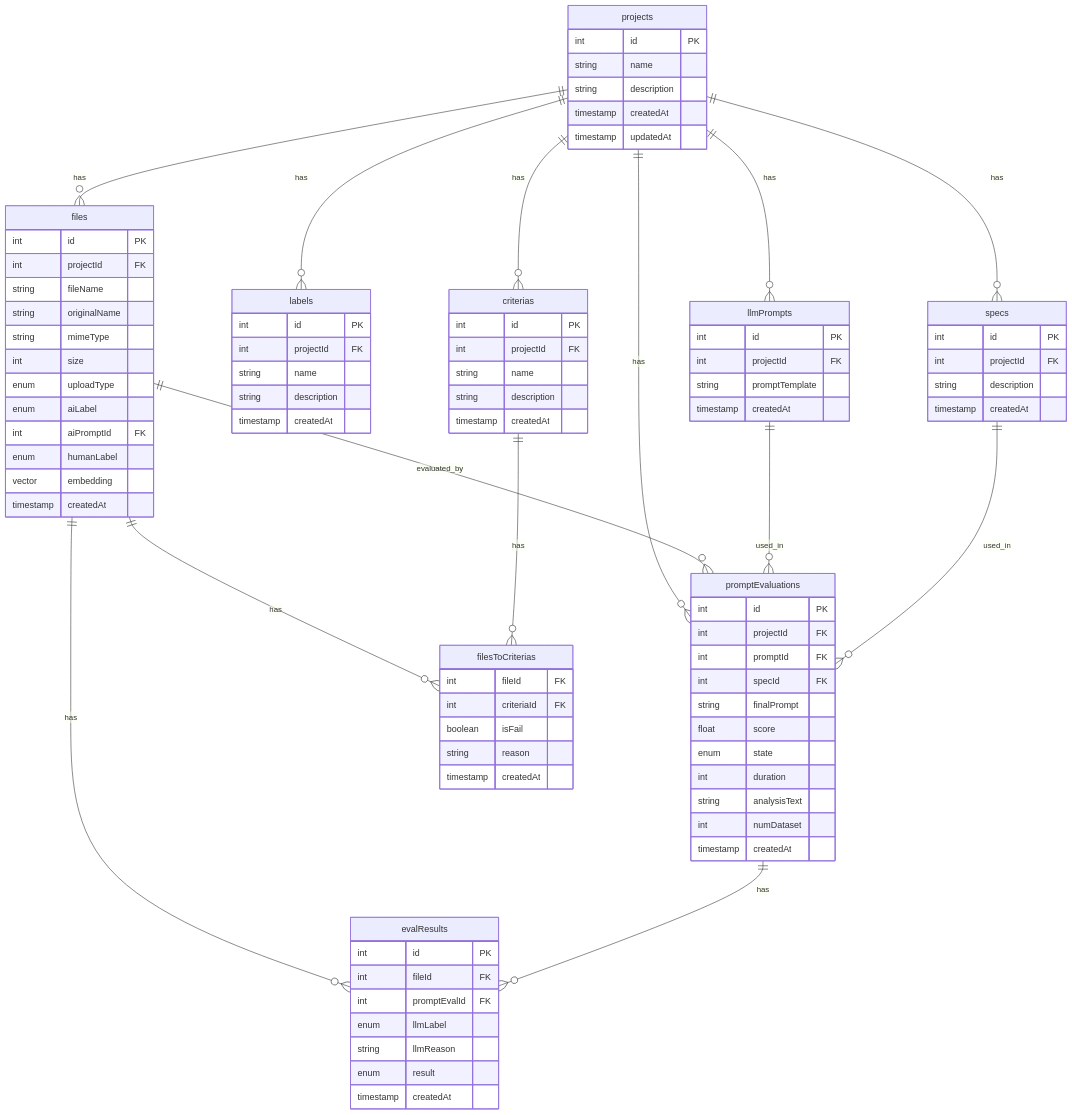
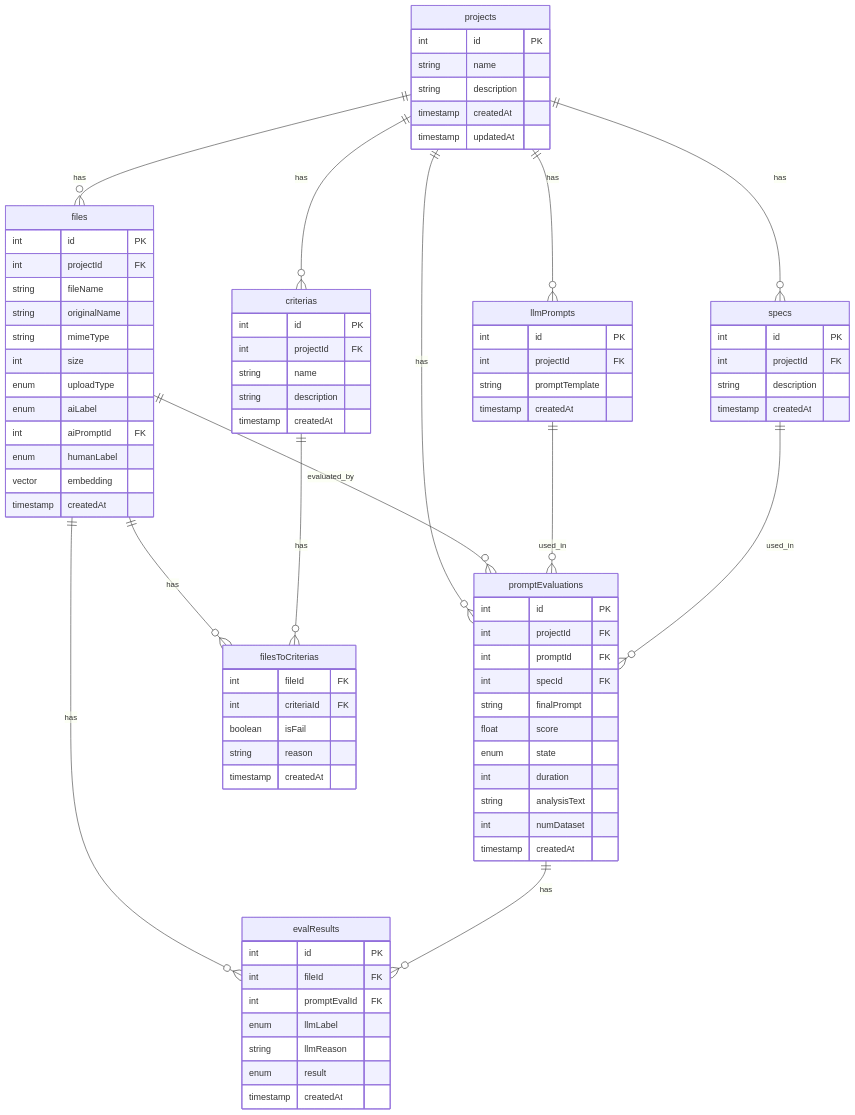
Before and after one commit to msrks/llmbox: the diagram in README.md, drawn with Mermaid. The commit also changed 4 other files, not shown here.

First line of the commit message:
Remove labels table and references from project schema

````diff
--- a/README.md
+++ b/README.md
@@ -38,7 +38,6 @@
 ```mermaid
 erDiagram
     projects ||--o{ files : "has"
-    projects ||--o{ labels : "has"
     projects ||--o{ criterias : "has"
     projects ||--o{ llmPrompts : "has"
     projects ||--o{ specs : "has"
@@ -127,12 +126,4 @@
         enum result
         timestamp createdAt
     }
-
-    labels {
-        int id PK
-        int projectId FK
-        string name
-        string description
-        timestamp createdAt
-    }
 ```
````
